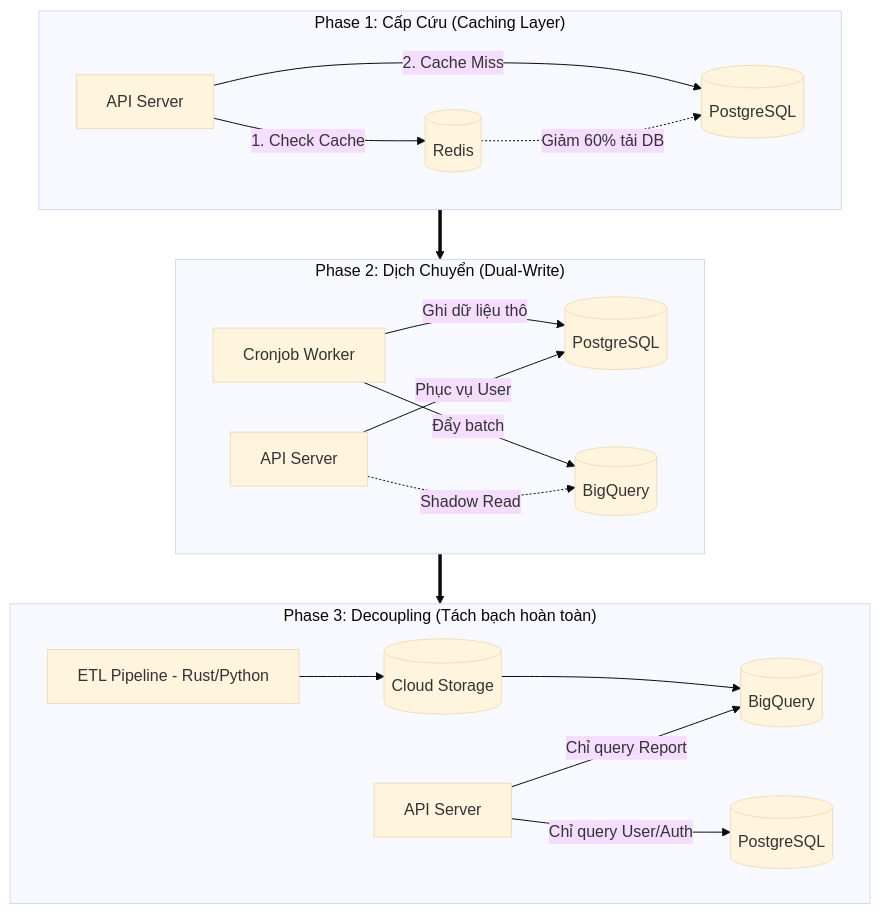
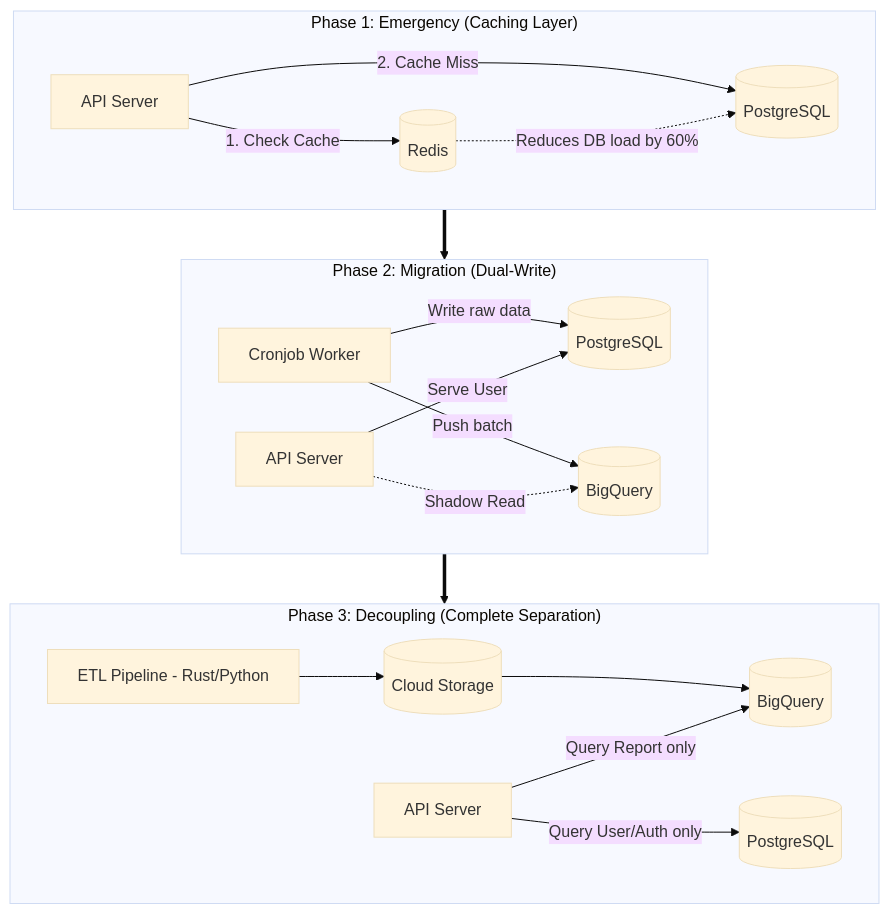
The diagram in src/data/blog/en/62-2026-10-05-upgrading-the-ad-performance-reporting-from-100-to-1000-ccu-with-zero-downtime.md (ga2631/ga2631.github.io), drawn with Mermaid (base theme) before and after one commit. The commit also changed other lines of this file and 74 other files, not shown here.

````diff
--- a/src/data/blog/en/62-2026-10-05-upgrading-the-ad-performance-reporting-from-100-to-1000-ccu-with-zero-downtime.md
+++ b/src/data/blog/en/62-2026-10-05-upgrading-the-ad-performance-reporting-from-100-to-1000-ccu-with-zero-downtime.md
@@ -26,24 +26,24 @@
 ```mermaid
 graph TD
-    subgraph phase1 ["Phase 1: Cấp Cứu (Caching Layer)"]
+    subgraph phase1 ["Phase 1: Emergency (Caching Layer)"]
         A1[API Server] -->|1. Check Cache| B1[(Redis)]
         A1 -->|2. Cache Miss| C1[(PostgreSQL)]
-        B1 -.->|Giảm 60% tải DB| C1
+        B1 -.->|Reduces DB load by 60%| C1
     end
 
-    subgraph phase2 ["Phase 2: Dịch Chuyển (Dual-Write)"]
-        D2[Cronjob Worker] -->|Ghi dữ liệu thô| C2[(PostgreSQL)]
-        D2 -->|Đẩy batch| E2[(BigQuery)]
-        A2[API Server] -->|Phục vụ User| C2
+    subgraph phase2 ["Phase 2: Migration (Dual-Write)"]
+        D2[Cronjob Worker] -->|Write raw data| C2[(PostgreSQL)]
+        D2 -->|Push batch| E2[(BigQuery)]
+        A2[API Server] -->|Serve User| C2
         A2 -.->|Shadow Read| E2
     end
 
-    subgraph phase3 ["Phase 3: Decoupling (Tách bạch hoàn toàn)"]
+    subgraph phase3 ["Phase 3: Decoupling (Complete Separation)"]
         F3[ETL Pipeline - Rust/Python] --> G3[(Cloud Storage)]
         G3 --> E3[(BigQuery)]
-        A3[API Server] -->|Chỉ query Report| E3
-        A3 -->|Chỉ query User/Auth| C3[(PostgreSQL)]
+        A3[API Server] -->|Query Report only| E3
+        A3 -->|Query User/Auth only| C3[(PostgreSQL)]
     end
 
     phase1 ==> phase2 ==> phase3
 ```
````
